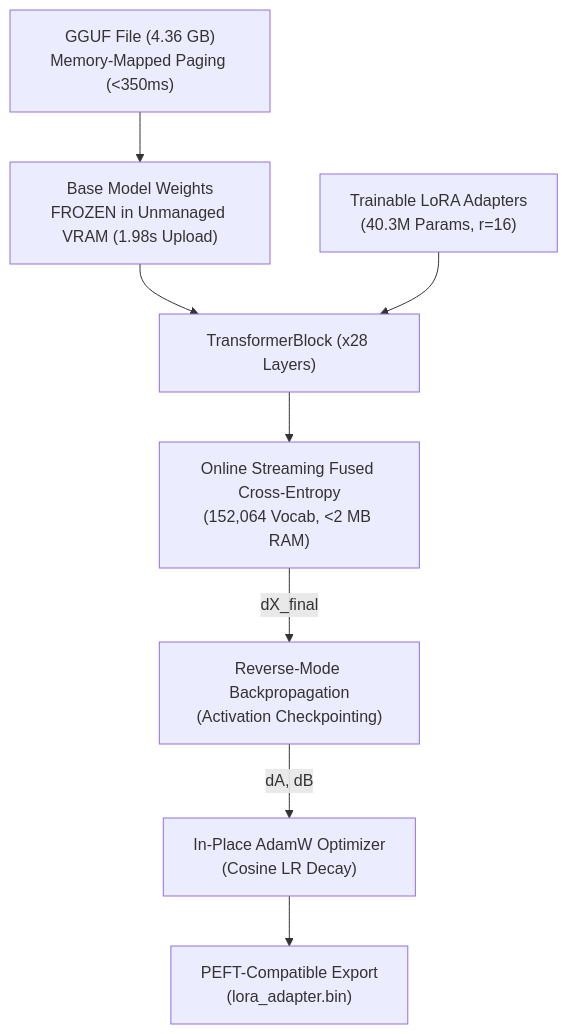
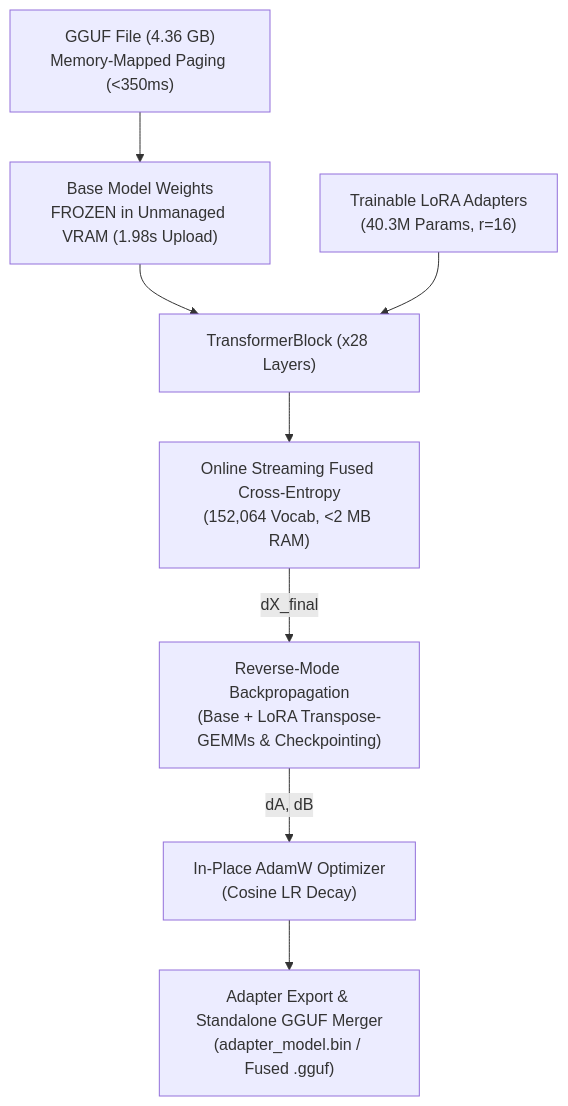
One commit to ian-cowley/Glacier.Tune changed the diagram in README.md. Above: the diagram before and after it, drawn with Mermaid. The commit also changed other lines of this file and 29 other files, not shown here.

Commit message:
Release v1.0.7: full base-weight LoRA/QLoRA backprop (CUDA & SIMD), exact tiled Cross-Entropy, GgufMerger & Native AOT hardening

````diff
--- a/README.md
+++ b/README.md
@@ -62,10 +62,10 @@
 ```mermaid
 graph TD
     A["GGUF File (4.36 GB)<br/>Memory-Mapped Paging (&lt;350ms)"] --> B["Base Model Weights<br/>FROZEN in Unmanaged VRAM (1.98s Upload)"]
     B --> C["TransformerBlock (x28 Layers)"]
     D["Trainable LoRA Adapters<br/>(40.3M Params, r=16)"] --> C
     C --> E["Online Streaming Fused Cross-Entropy<br/>(152,064 Vocab, &lt;2 MB RAM)"]
-    E -->|dX_final| F["Reverse-Mode Backpropagation<br/>(Activation Checkpointing)"]
+    E -->|dX_final| F["Reverse-Mode Backpropagation<br/>(Base + LoRA Transpose-GEMMs &amp; Checkpointing)"]
     F -->|dA, dB| G["In-Place AdamW Optimizer<br/>(Cosine LR Decay)"]
-    G --> H["PEFT-Compatible Export<br/>(lora_adapter.bin)"]
+    G --> H["Adapter Export &amp; Standalone GGUF Merger<br/>(adapter_model.bin / Fused .gguf)"]
 ```
````
